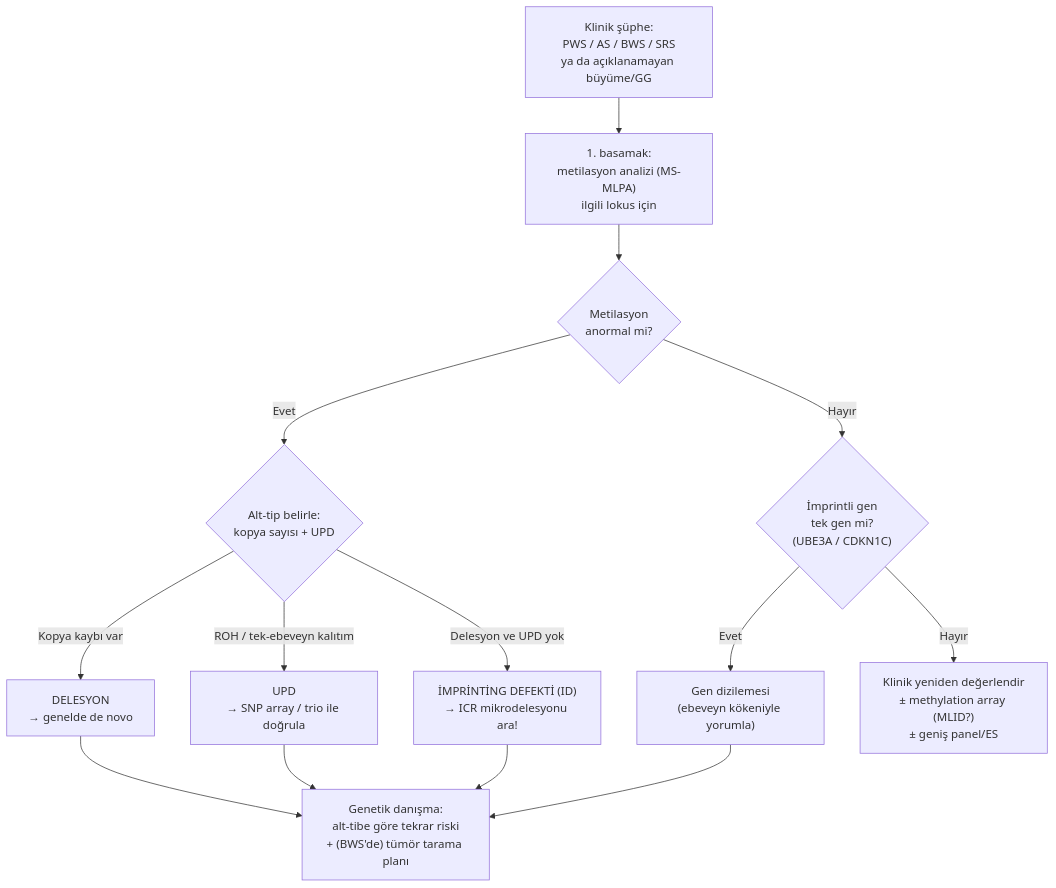
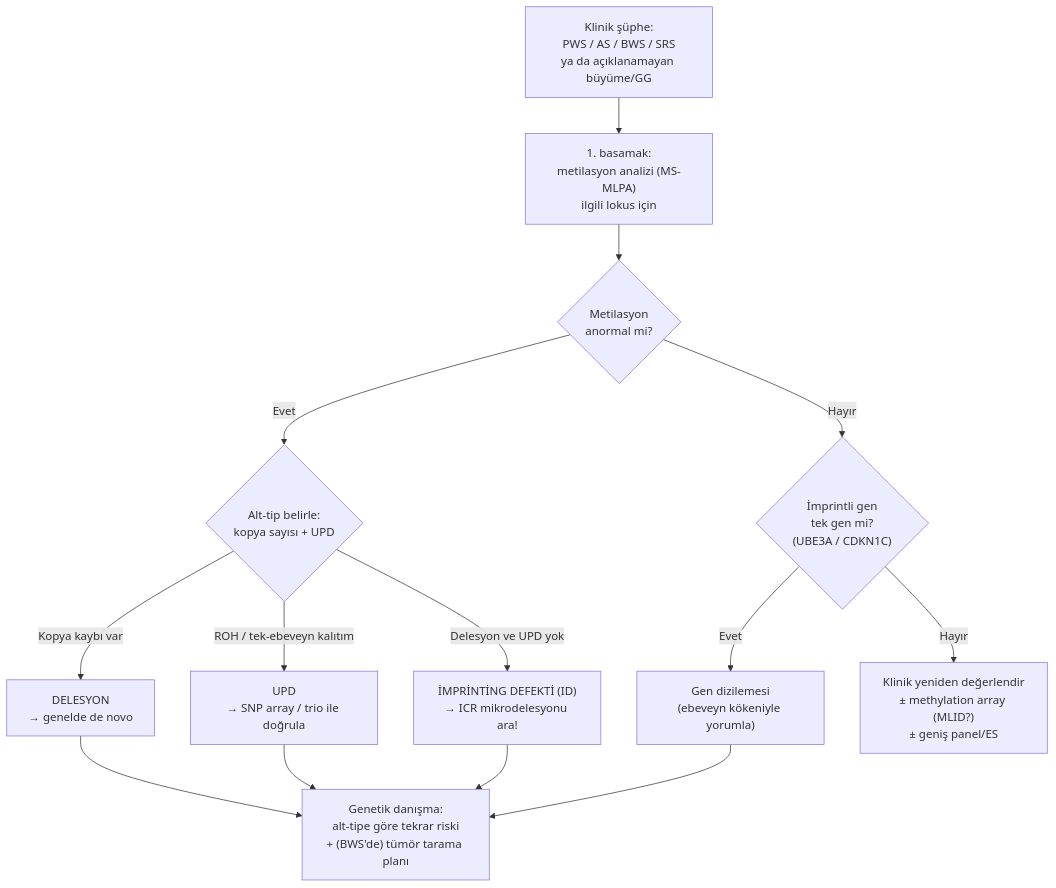
Before and after one commit to MDKalenderoglu/Mekanizma_Kitab-: the third of 3 diagrams in Bölüm_10_Imprinting_UPD_Epigenetik.md, drawn with Mermaid. The commit also changed other lines of this file and 9 other files, not shown here.

````diff
--- a/Bölüm_10_Imprinting_UPD_Epigenetik.md
+++ b/Bölüm_10_Imprinting_UPD_Epigenetik.md
@@ -203,16 +203,16 @@
 ```mermaid
 flowchart TD
   A["Klinik şüphe:<br/>PWS / AS / BWS / SRS<br/>ya da açıklanamayan büyüme/GG"] --> B["1. basamak:<br/>metilasyon analizi (MS-MLPA)<br/>ilgili lokus için"]
   B --> C{"Metilasyon<br/>anormal mi?"}
   C -->|"Evet"| D{"Alt-tip belirle:<br/>kopya sayısı + UPD"}
   D -->|"Kopya kaybı var"| E["DELESYON<br/>→ genelde de novo"]
   D -->|"ROH / tek-ebeveyn kalıtım"| F["UPD<br/>→ SNP array / trio ile doğrula"]
   D -->|"Delesyon ve UPD yok"| G["İMPRİNTİNG DEFEKTİ (ID)<br/>→ ICR mikrodelesyonu ara!"]
   C -->|"Hayır"| H{"İmprintli gen<br/>tek gen mi?<br/>(UBE3A / CDKN1C)"}
   H -->|"Evet"| I["Gen dizilemesi<br/>(ebeveyn kökeniyle yorumla)"]
   H -->|"Hayır"| J["Klinik yeniden değerlendir<br/>± methylation array (MLID?)<br/>± geniş panel/ES"]
-  E --> K["Genetik danışma:<br/>alt-tibe göre tekrar riski<br/>+ (BWS'de) tümör tarama planı"]
+  E --> K["Genetik danışma:<br/>alt-tipe göre tekrar riski<br/>+ (BWS'de) tümör tarama planı"]
   F --> K
   G --> K
   I --> K
 ```
````
